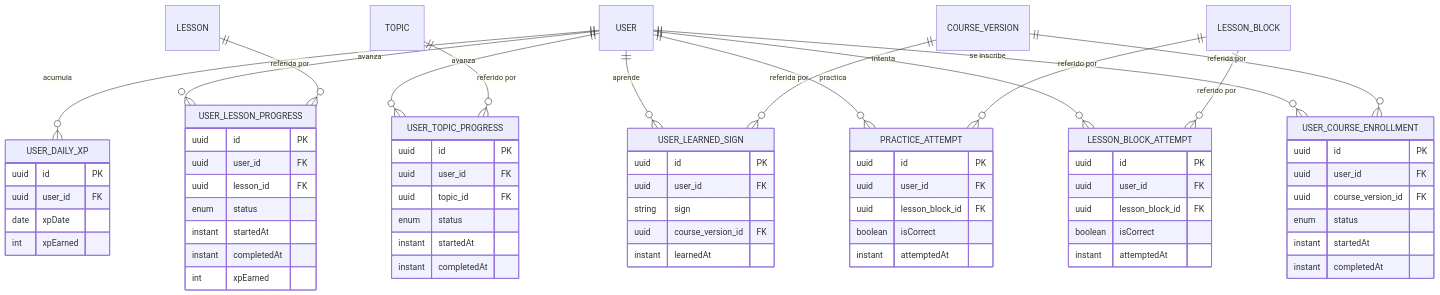
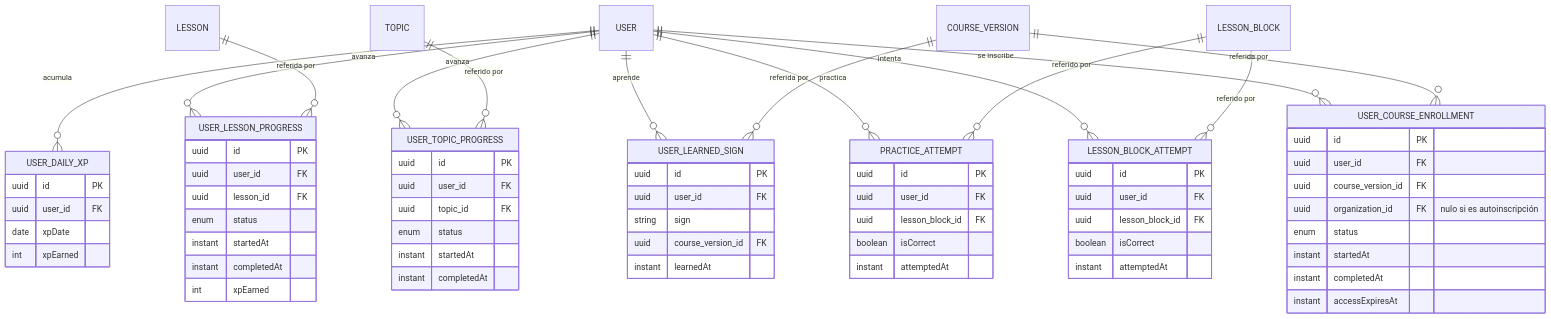
The fourth of 7 diagrams in docs/diagrams/er.md (signasource/signa-api), drawn with Mermaid before and after one commit. The commit also changed other lines of this file and 43 other files, not shown here.

````diff
--- a/docs/diagrams/er.md
+++ b/docs/diagrams/er.md
@@ -179,69 +179,71 @@
 ```mermaid
 erDiagram
     USER ||--o{ USER_COURSE_ENROLLMENT : "se inscribe"
     USER ||--o{ USER_TOPIC_PROGRESS : "avanza"
     USER ||--o{ USER_LESSON_PROGRESS : "avanza"
     USER ||--o{ LESSON_BLOCK_ATTEMPT : "intenta"
     USER ||--o{ PRACTICE_ATTEMPT : "practica"
     USER ||--o{ USER_DAILY_XP : "acumula"
     USER ||--o{ USER_LEARNED_SIGN : "aprende"
     COURSE_VERSION ||--o{ USER_COURSE_ENROLLMENT : "referida por"
     COURSE_VERSION ||--o{ USER_LEARNED_SIGN : "referida por"
     TOPIC ||--o{ USER_TOPIC_PROGRESS : "referido por"
     LESSON ||--o{ USER_LESSON_PROGRESS : "referida por"
     LESSON_BLOCK ||--o{ LESSON_BLOCK_ATTEMPT : "referido por"
     LESSON_BLOCK ||--o{ PRACTICE_ATTEMPT : "referido por"
 
     USER_COURSE_ENROLLMENT {
         uuid id PK
         uuid user_id FK
         uuid course_version_id FK
+        uuid organization_id FK "nulo si es autoinscripción"
         enum status
         instant startedAt
         instant completedAt
+        instant accessExpiresAt
     }
     USER_TOPIC_PROGRESS {
         uuid id PK
         uuid user_id FK
         uuid topic_id FK
         enum status
         instant startedAt
         instant completedAt
     }
     USER_LESSON_PROGRESS {
         uuid id PK
         uuid user_id FK
         uuid lesson_id FK
         enum status
         instant startedAt
         instant completedAt
         int xpEarned
     }
     LESSON_BLOCK_ATTEMPT {
         uuid id PK
         uuid user_id FK
         uuid lesson_block_id FK
         boolean isCorrect
         instant attemptedAt
     }
     PRACTICE_ATTEMPT {
         uuid id PK
         uuid user_id FK
         uuid lesson_block_id FK
         boolean isCorrect
         instant attemptedAt
     }
     USER_DAILY_XP {
         uuid id PK
         uuid user_id FK
         date xpDate
         int xpEarned
     }
     USER_LEARNED_SIGN {
         uuid id PK
         uuid user_id FK
         string sign
         uuid course_version_id FK
         instant learnedAt
     }
 ```
````
